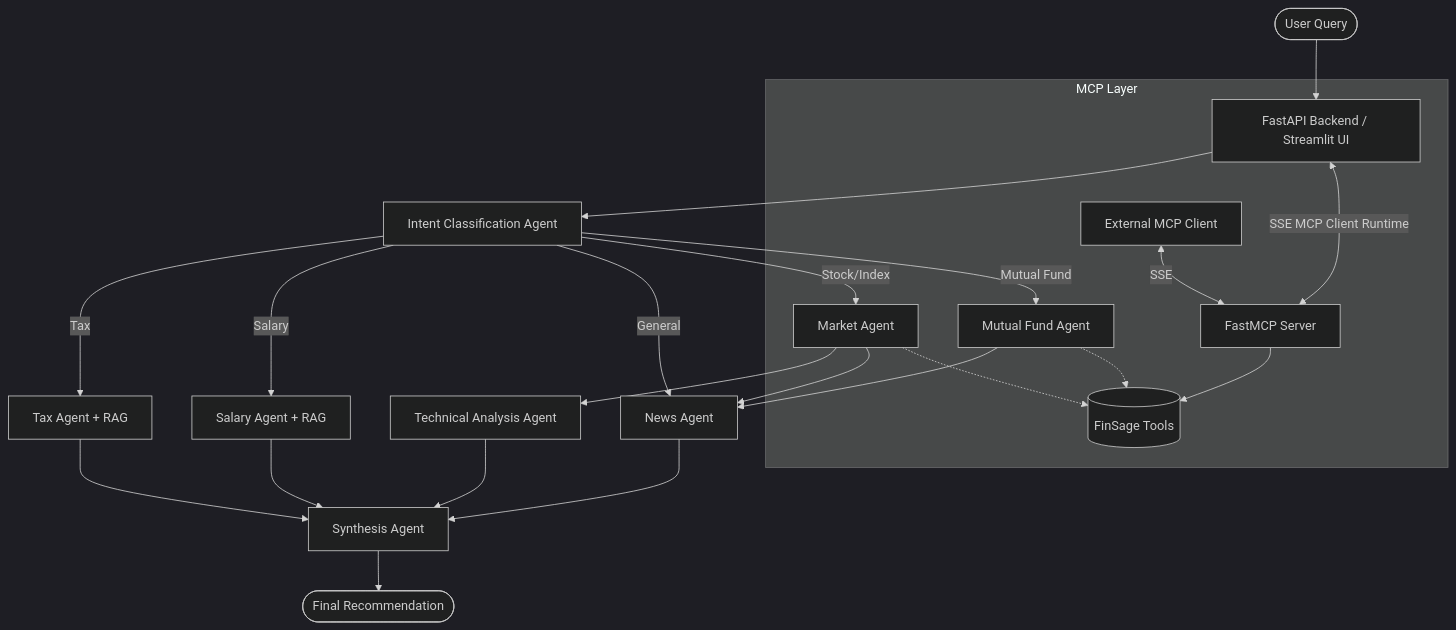
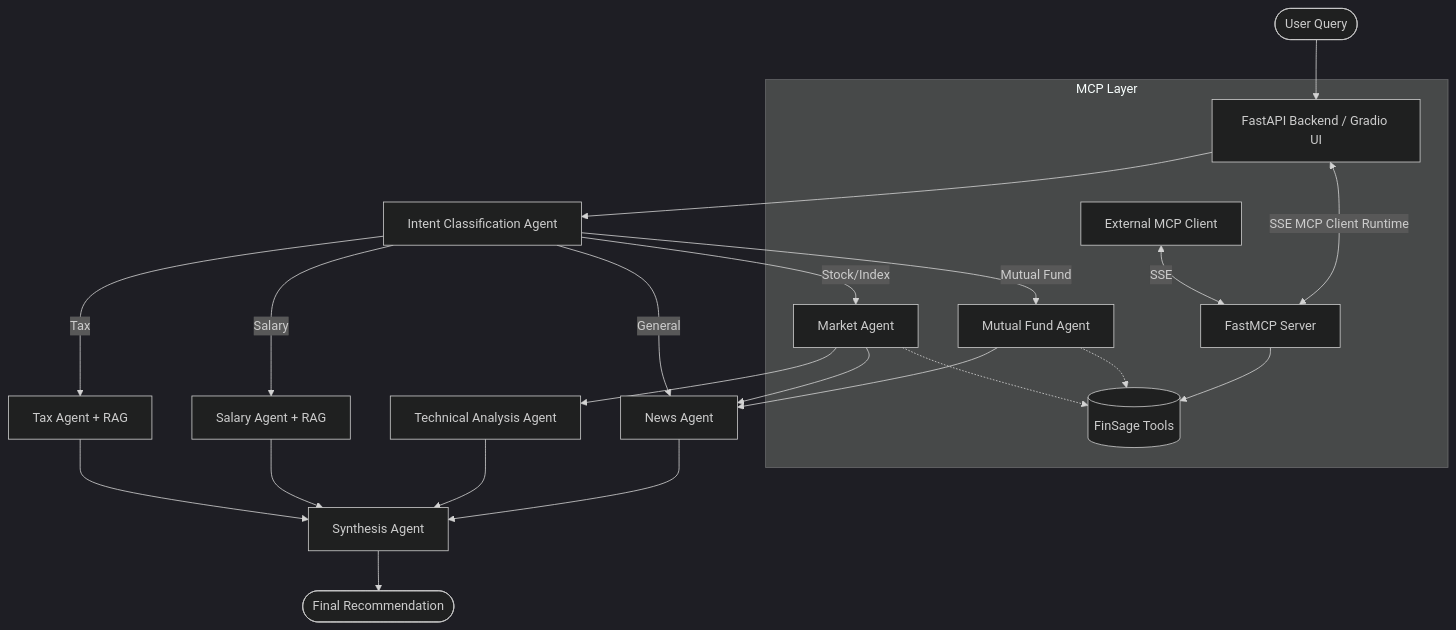
One commit to Kukilbharadwaj/FinSage-Multi-Agent-Financial-Intelligence-System changed the diagram in finsage/README.md. Above: the diagram before and after it, drawn with Mermaid (dark theme). The commit also changed other lines of this file and 4 other files, not shown here.

Commit message:
feat: migrate from Streamlit to Gradio for frontend UI and update related configurations

````diff
--- a/finsage/README.md
+++ b/finsage/README.md
@@ -33,30 +33,30 @@
 ```mermaid
 graph TD
-    User([User Query]) --> API[FastAPI Backend / Streamlit UI]
+    User([User Query]) --> API[FastAPI Backend / Gradio UI]
     API --> Intent[Intent Classification Agent]
     
     Intent -->|Stock/Index| Market[Market Agent]
     Intent -->|Mutual Fund| MF[Mutual Fund Agent]
     Intent -->|Tax| Tax[Tax Agent + RAG]
     Intent -->|Salary| Salary[Salary Agent + RAG]
     Intent -->|General| News[News Agent]
     
     Market --> Tech[Technical Analysis Agent]
     Market --> News
     MF --> News
     
     Tech --> Synthesis[Synthesis Agent]
     Tax --> Synthesis
     Salary --> Synthesis
     News --> Synthesis
     
     Synthesis --> Response([Final Recommendation])
     
     subgraph "MCP Layer"
         API <-->|SSE MCP Client Runtime| MCP_Server[FastMCP Server]
         MCP_Client[External MCP Client] <-->|SSE| MCP_Server[FastMCP Server]
         MCP_Server --> Tools[(FinSage Tools)]
         Market -.-> Tools
         MF -.-> Tools
     end
 ```
````
